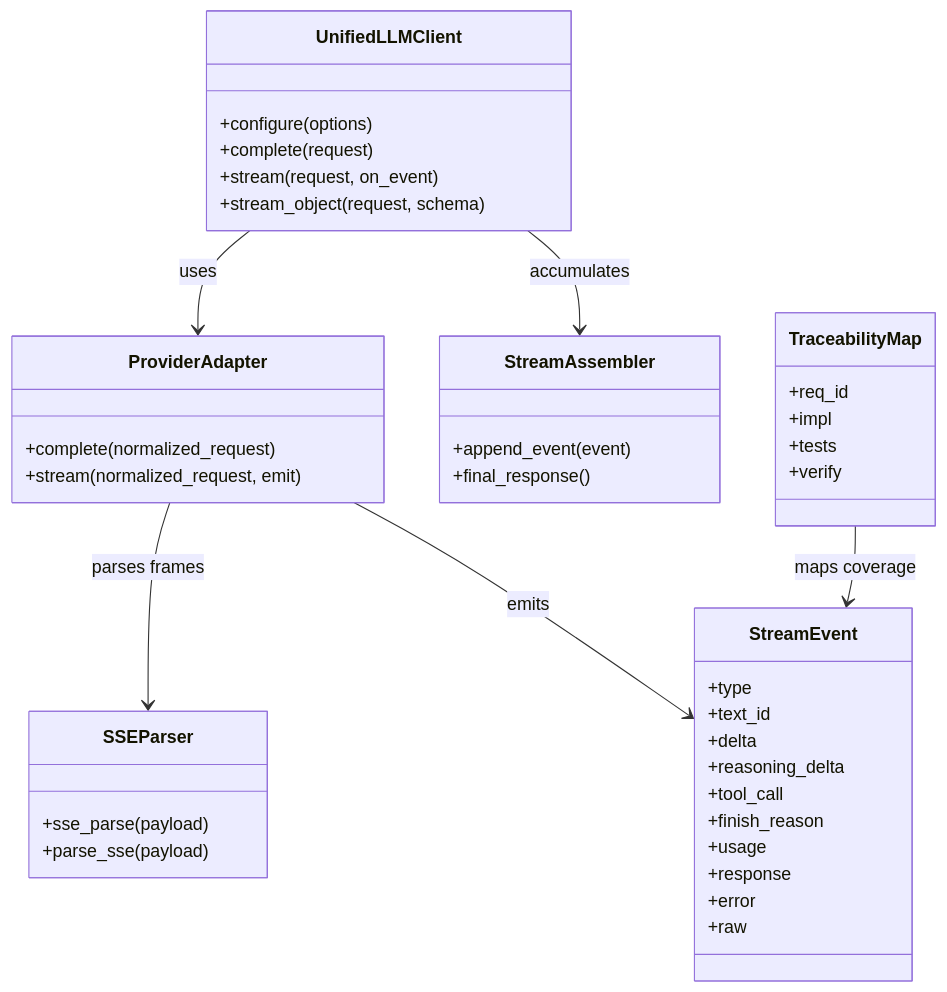
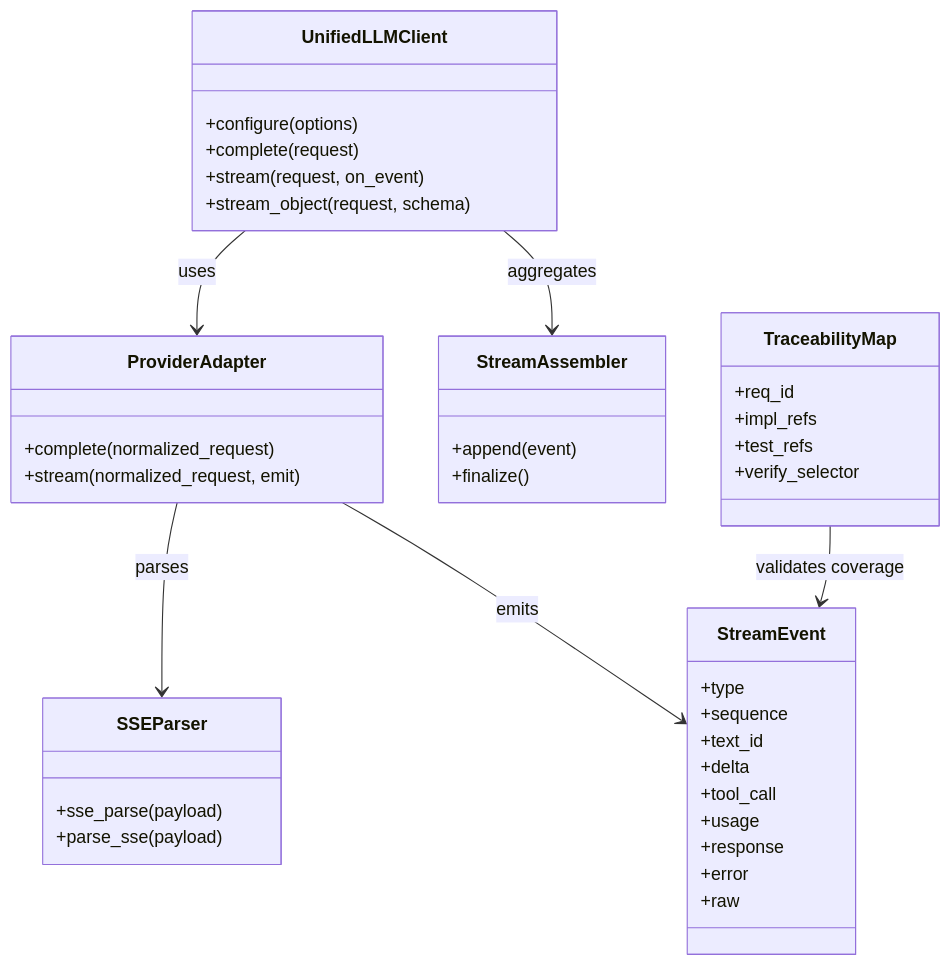
The first of 5 diagrams in docs/sprints/SPRINT-005-comprehensive-implementation-plan.md (jaytaylor/attractor-tcl), drawn with Mermaid before and after one commit. The commit also changed other lines of this file, not shown here.

````diff
--- a/docs/sprints/SPRINT-005-comprehensive-implementation-plan.md
+++ b/docs/sprints/SPRINT-005-comprehensive-implementation-plan.md
@@ -590,50 +362,49 @@
 ```mermaid
 classDiagram
   class UnifiedLLMClient {
     +configure(options)
     +complete(request)
     +stream(request, on_event)
     +stream_object(request, schema)
   }
 
   class ProviderAdapter {
     +complete(normalized_request)
     +stream(normalized_request, emit)
   }
 
+  class SSEParser {
+    +sse_parse(payload)
+    +parse_sse(payload)
+  }
+
   class StreamEvent {
     +type
+    +sequence
     +text_id
     +delta
-    +reasoning_delta
     +tool_call
-    +finish_reason
     +usage
     +response
     +error
     +raw
   }
 
-  class SSEParser {
-    +sse_parse(payload)
-    +parse_sse(payload)
-  }
-
   class StreamAssembler {
-    +append_event(event)
-    +final_response()
+    +append(event)
+    +finalize()
   }
 
   class TraceabilityMap {
     +req_id
-    +impl
-    +tests
-    +verify
+    +impl_refs
+    +test_refs
+    +verify_selector
   }
 
   UnifiedLLMClient --> ProviderAdapter : uses
-  ProviderAdapter --> SSEParser : parses frames
+  ProviderAdapter --> SSEParser : parses
   ProviderAdapter --> StreamEvent : emits
-  UnifiedLLMClient --> StreamAssembler : accumulates
-  TraceabilityMap --> StreamEvent : maps coverage
+  UnifiedLLMClient --> StreamAssembler : aggregates
+  TraceabilityMap --> StreamEvent : validates coverage
 ```
````
